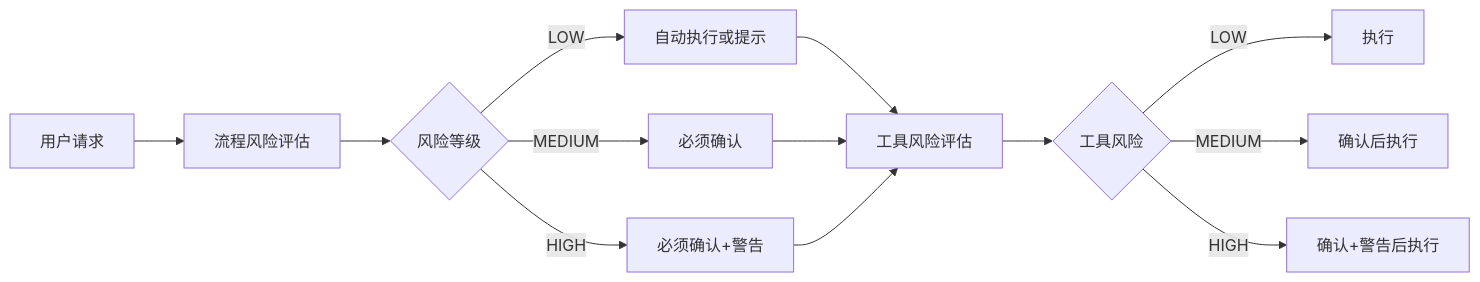
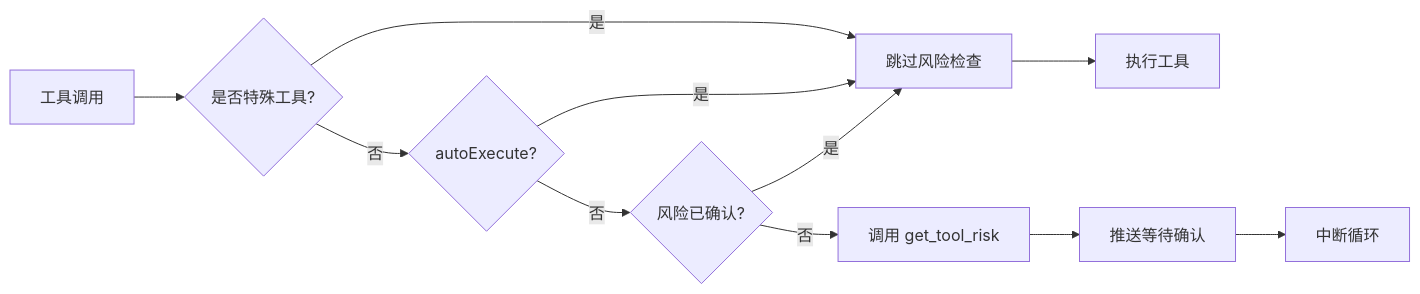
One commit to openeuler-mirror/euler-copilot-framework changed diagram 13 of 13 in design/executor/agent.md. Above: the diagram before and after it, drawn with Mermaid. The commit also changed other lines of this file and 3 other files, not shown here.

````diff
--- a/design/executor/agent.md
+++ b/design/executor/agent.md
@@ -1059,17 +1395,13 @@
 ```mermaid
 graph LR
-    A[用户请求] --> B[流程风险评估]
-    B --> C{风险等级}
-    C -->|LOW| D[自动执行或提示]
-    C -->|MEDIUM| E[必须确认]
-    C -->|HIGH| F[必须确认+警告]
-
-    D --> G[工具风险评估]
-    E --> G
-    F --> G
-
-    G --> H{工具风险}
-    H -->|LOW| I[执行]
-    H -->|MEDIUM| J[确认后执行]
-    H -->|HIGH| K[确认+警告后执行]
+    A[工具调用] --> B{是否特殊工具?}
+    B -->|是| C[跳过风险检查]
+    B -->|否| D{autoExecute?}
+    D -->|是| C
+    D -->|否| E{风险已确认?}
+    E -->|是| C
+    E -->|否| F[调用 get_tool_risk]
+    F --> G[推送等待确认]
+    G --> H[中断循环]
+    C --> I[执行工具]
 ```
````
